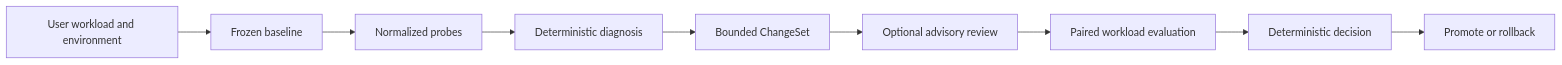
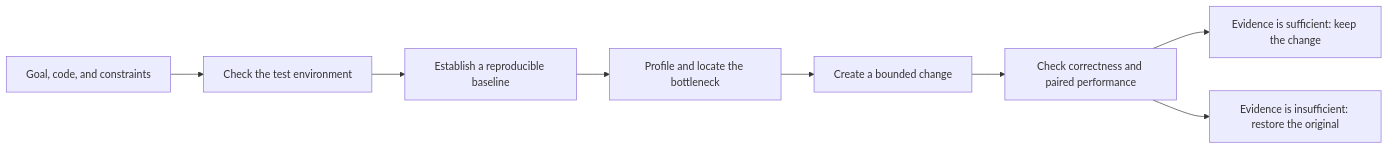
Before and after one commit to troycheng/cuda-optimized-skill: the diagram in README.md, drawn with Mermaid. The commit also changed other lines of this file and 1 other file, not shown here.

````diff
--- a/README.md
+++ b/README.md
@@ -216,11 +75,10 @@
 ```mermaid
 flowchart LR
-    runtime["User workload and environment"] --> baseline["Frozen baseline"]
-    baseline --> probes["Normalized probes"]
-    probes --> diagnosis["Deterministic diagnosis"]
-    diagnosis --> change["Bounded ChangeSet"]
-    change --> review["Optional advisory review"]
-    review --> evaluation["Paired workload evaluation"]
-    evaluation --> workload_decision["Deterministic decision"]
-    workload_decision --> promote_or_rollback["Promote or rollback"]
+    goal["Goal, code, and constraints"] --> environment["Check the test environment"]
+    environment --> baseline["Establish a reproducible baseline"]
+    baseline --> profiling["Profile and locate the bottleneck"]
+    profiling --> change["Create a bounded change"]
+    change --> evaluation["Check correctness and paired performance"]
+    evaluation --> keep["Evidence is sufficient: keep the change"]
+    evaluation --> restore["Evidence is insufficient: restore the original"]
 ```
````
